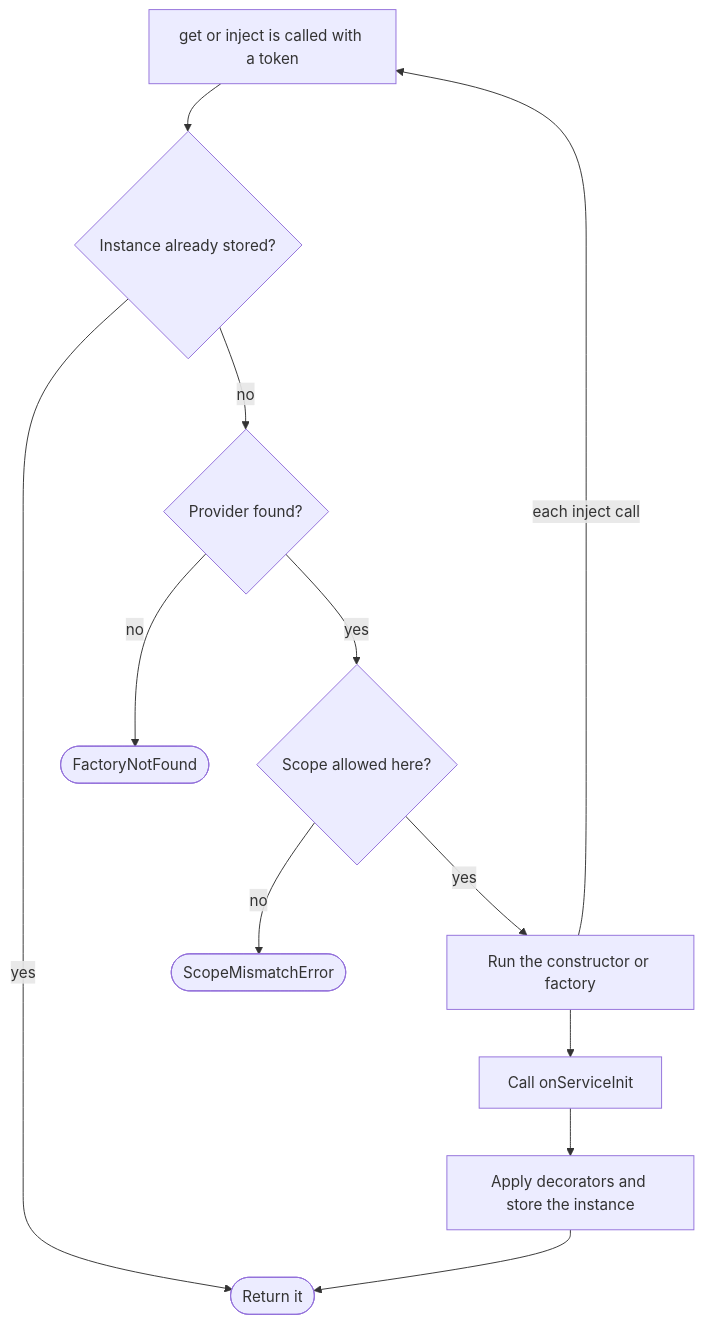
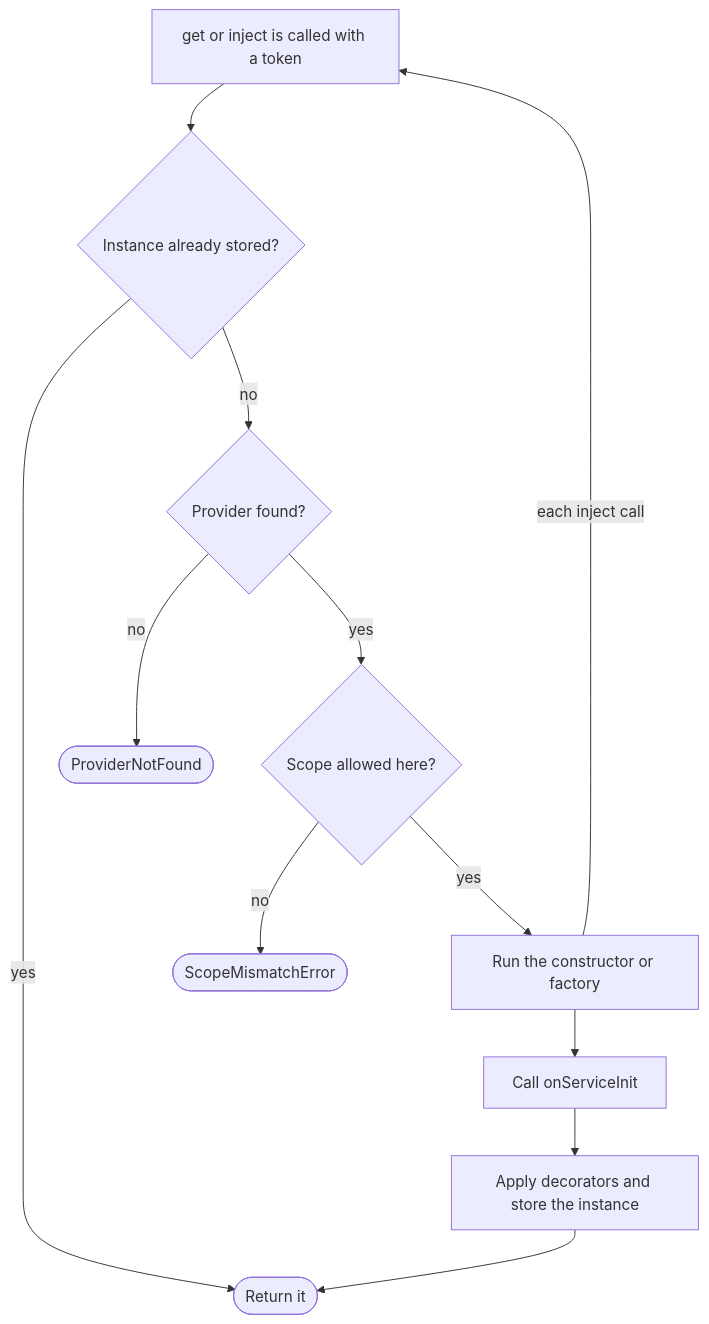
The diagram in apps/docs/content/docs/di/how-it-works.md (navios-org/navios), drawn with Mermaid before and after one commit. The commit also changed other lines of this file and 70 other files, not shown here.

````diff
--- a/apps/docs/content/docs/di/how-it-works.md
+++ b/apps/docs/content/docs/di/how-it-works.md
@@ -21,14 +21,14 @@
 ```mermaid
 flowchart TD
     A[get or inject is called with a token] --> B{Instance already stored?}
     B -- yes --> R([Return it])
     B -- no --> C{Provider found?}
-    C -- no --> E1([FactoryNotFound])
+    C -- no --> E1([ProviderNotFound])
     C -- yes --> D{Scope allowed here?}
     D -- no --> E2([ScopeMismatchError])
     D -- yes --> F[Run the constructor or factory]
     F -- each inject call --> A
     F --> G[Call onServiceInit]
     G --> H[Apply decorators and store the instance]
     H --> R
 ```
````
